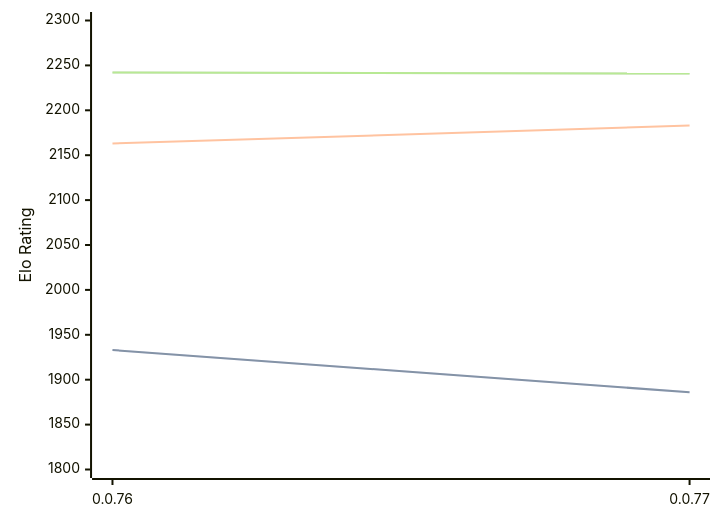
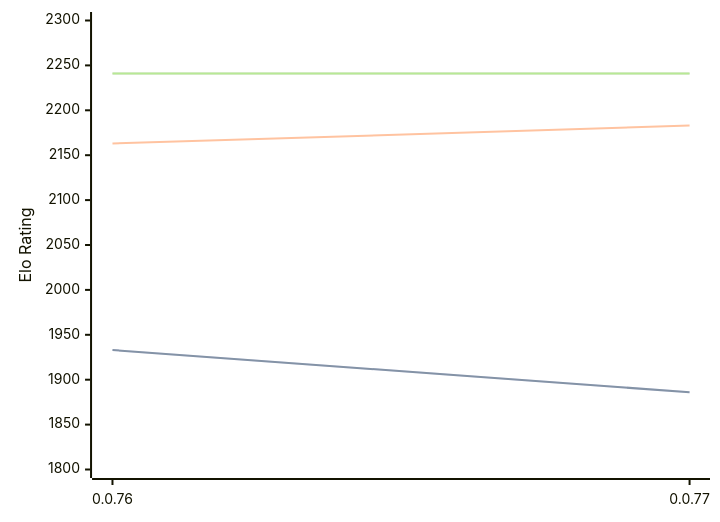
One commit to computer-chess-index/cci changed the diagram in engines/Fktb.md. Above: the diagram before and after it, drawn with Mermaid. The commit also changed other lines of this file, not shown here.

Commit message:
Update CCI Ratings (ELO VLTC) - 2026-04-07

````diff
--- a/engines/Fktb.md
+++ b/engines/Fktb.md
@@ -32,11 +32,11 @@
 ```mermaid
 %%{init: {"theme":"base","themeVariables":{"seriesColors:['#a3a3a3','#222221','#faa371']}}}%%
 xychart-beta
   x-axis ["0.0.76", "0.0.77"]
   y-axis "Elo Rating" 1800 --> 2300
   line "STC (8.0+0.08s)" [1933, 1886]
   line "STC (8.0+0.08s)" [1933, 1886]
   line "LTC (60.0+0.60s)" [2163, 2183]
-  line "VLTC (2m24s+1.12s)" [2242, 2241]
-  line "VLTC (2m24s+1.12s)" [2242, 2241]
+  line "VLTC (2m24s+1.12s)" [2241, 2241]
+  line "VLTC (2m24s+1.12s)" [2241, 2241]
 ```
````
